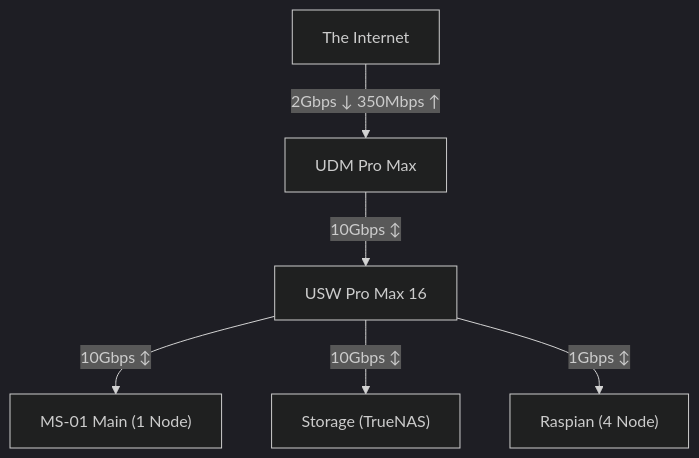
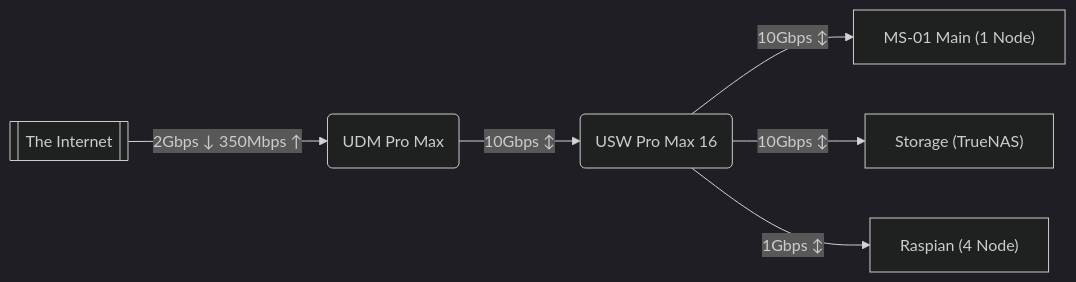
The diagram in README.md (kashalls/home-cluster), drawn with Mermaid (dark theme) before and after one commit.

Commit message:
chore(readme): update network section

````diff
--- a/README.md
+++ b/README.md
@@ -67,8 +67,8 @@
 ```mermaid
-flowchart TD
-    A["The Internet"] -- 2Gbps ↓ 350Mbps  ↑ --> B["UDM Pro Max"];
-    B -- 10Gbps ↕ --> C["USW Pro Max 16"]
+flowchart LR
+    A[["The Internet"]] -- 2Gbps ↓ 350Mbps  ↑ --> B("UDM Pro Max");
+    B -- 10Gbps ↕ --> C("USW Pro Max 16")
     C -- 10Gbps ↕ --> D["MS-01 Main (1 Node)"]
     C -- 10Gbps ↕ --> E["Storage (TrueNAS)"]
     C -- 1Gbps ↕ --> F["Raspian (4 Node)"]
 ```
````
